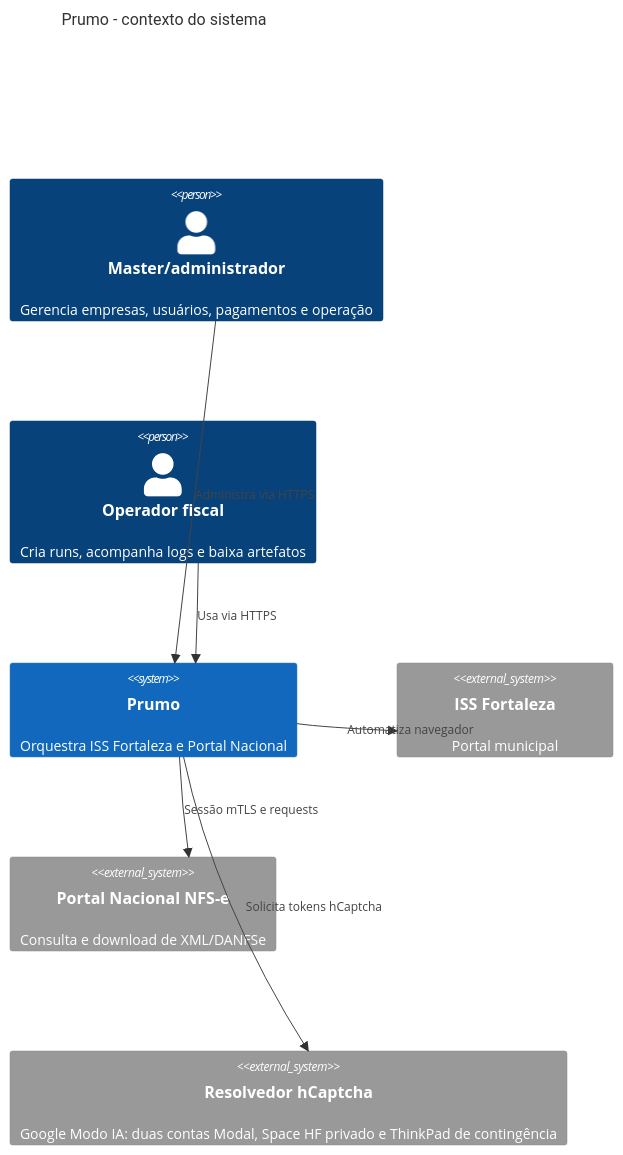
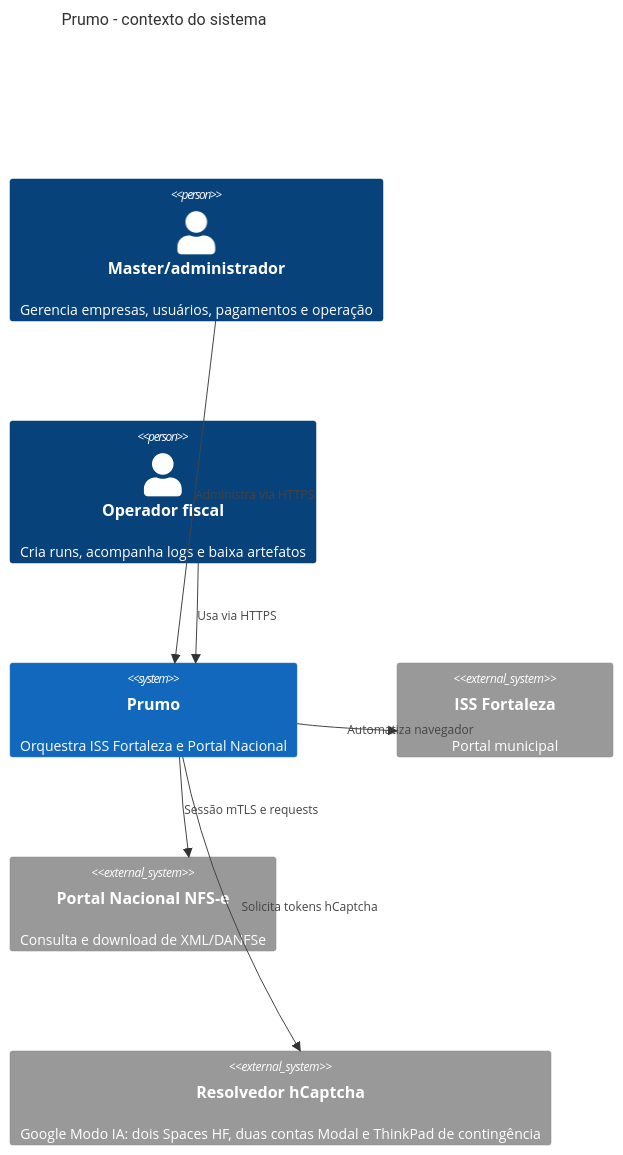
One commit to prumosistemas/app changed the first of 4 diagrams in docs/C4.md. Above: the diagram before and after it, drawn with Mermaid. The commit also changed other lines of this file and 17 other files, not shown here.

````diff
--- a/docs/C4.md
+++ b/docs/C4.md
@@ -5,15 +5,15 @@
 ```mermaid
 C4Context
   title Prumo - contexto do sistema
   Person(master, "Master/administrador", "Gerencia empresas, usuários, pagamentos e operação")
   Person(operador, "Operador fiscal", "Cria runs, acompanha logs e baixa artefatos")
   System(prumo, "Prumo", "Orquestra ISS Fortaleza e Portal Nacional")
   System_Ext(iss, "ISS Fortaleza", "Portal municipal")
   System_Ext(nfse, "Portal Nacional NFS-e", "Consulta e download de XML/DANFSe")
-  System_Ext(ai, "Resolvedor hCaptcha", "Google Modo IA: duas contas Modal, Space HF privado e ThinkPad de contingência")
+  System_Ext(ai, "Resolvedor hCaptcha", "Google Modo IA: dois Spaces HF, duas contas Modal e ThinkPad de contingência")
   Rel(master, prumo, "Administra via HTTPS")
   Rel(operador, prumo, "Usa via HTTPS")
   Rel(prumo, iss, "Automatiza navegador")
   Rel(prumo, nfse, "Sessão mTLS e requests")
   Rel(prumo, ai, "Solicita tokens hCaptcha")
 ```
````
